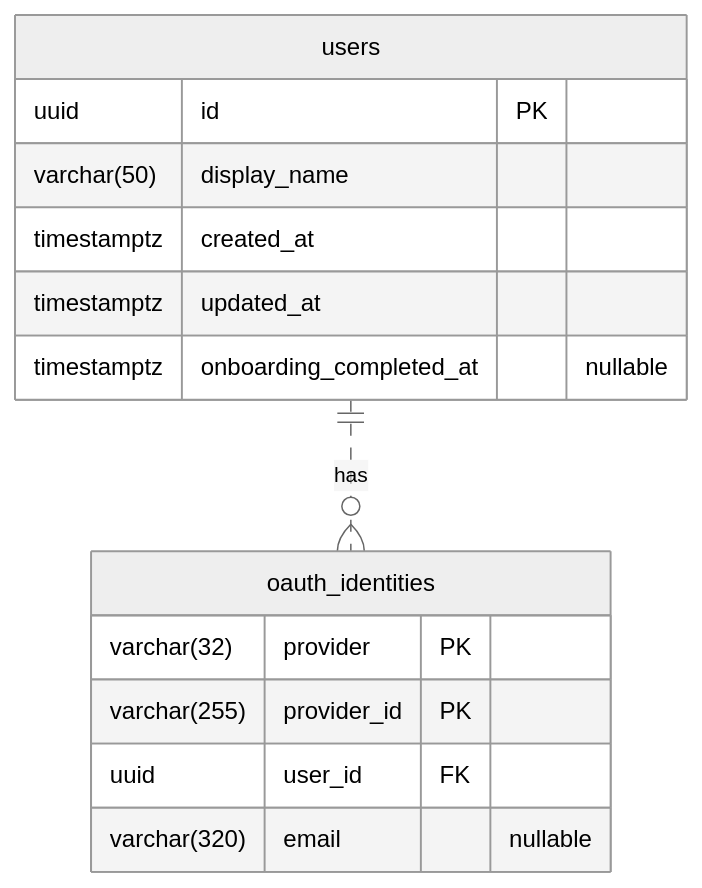
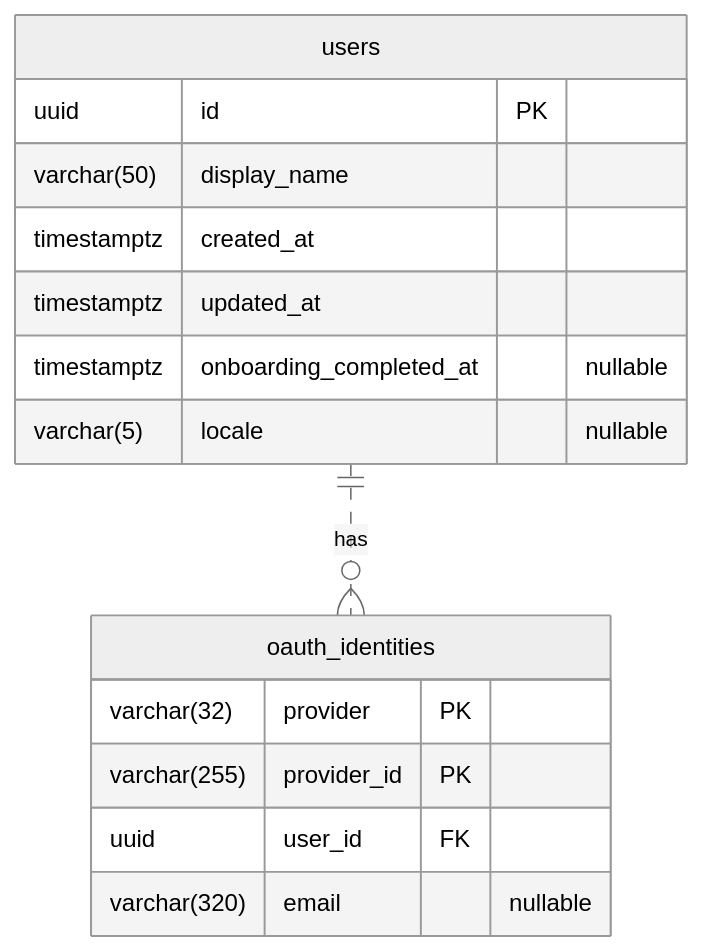
The diagram in docs/account/AUTH_ERD.md (soma-lorekeeper/loresentry-authentication), drawn with Mermaid (neutral theme) before and after one commit. The commit also changed other lines of this file and 6 other files, not shown here.

````diff
--- a/docs/account/AUTH_ERD.md
+++ b/docs/account/AUTH_ERD.md
@@ -22,19 +22,20 @@
 ```mermaid
 erDiagram
     users ||..o{ oauth_identities : has
 
     users {
         uuid id PK
         varchar(50) display_name
         timestamptz created_at
         timestamptz updated_at
         timestamptz onboarding_completed_at "nullable"
+        varchar(5) locale "nullable"
     }
 
     oauth_identities {
         varchar(32) provider PK
         varchar(255) provider_id PK
         uuid user_id FK
         varchar(320) email "nullable"
     }
 ```
````
